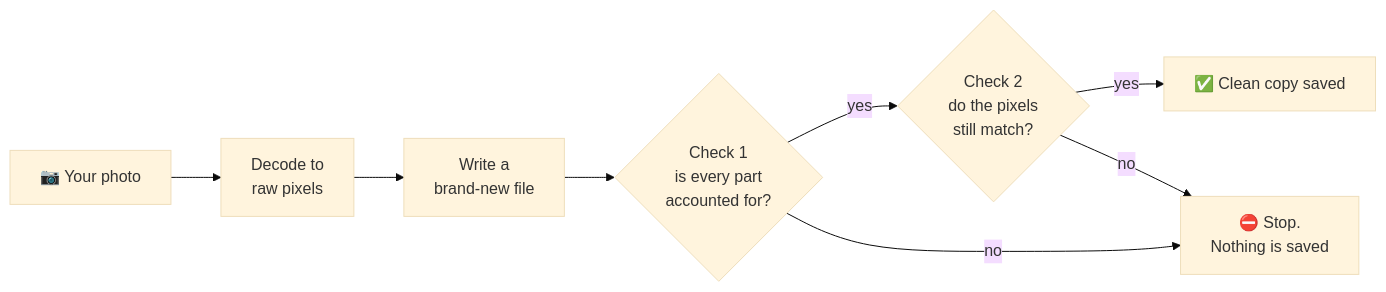
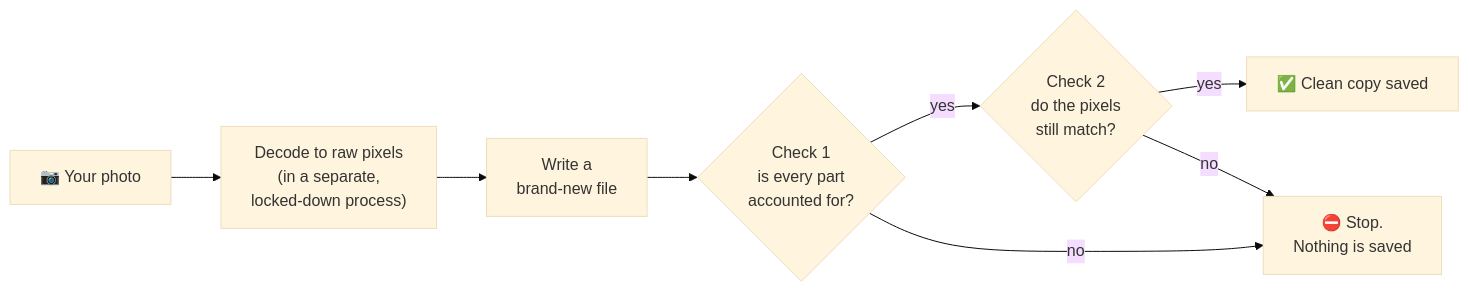
Before and after one commit to lloydsato/imgstrip: the diagram in README.md, drawn with Mermaid (base theme). The commit also changed other lines of this file and 47 other files, not shown here.

````diff
--- a/README.md
+++ b/README.md
@@ -125,10 +125,10 @@
 ```mermaid
 flowchart LR
-    A["📷 Your photo"] --> B["Decode to<br/>raw pixels"]
+    A["📷 Your photo"] --> B["Decode to raw pixels<br/>(in a separate,<br/>locked-down process)"]
     B --> C["Write a<br/>brand-new file"]
     C --> D{"Check 1<br/>is every part<br/>accounted for?"}
     D -->|yes| E{"Check 2<br/>do the pixels<br/>still match?"}
     D -->|no| X["⛔ Stop.<br/>Nothing is saved"]
     E -->|yes| F["✅ Clean copy saved"]
     E -->|no| X
 ```
````
